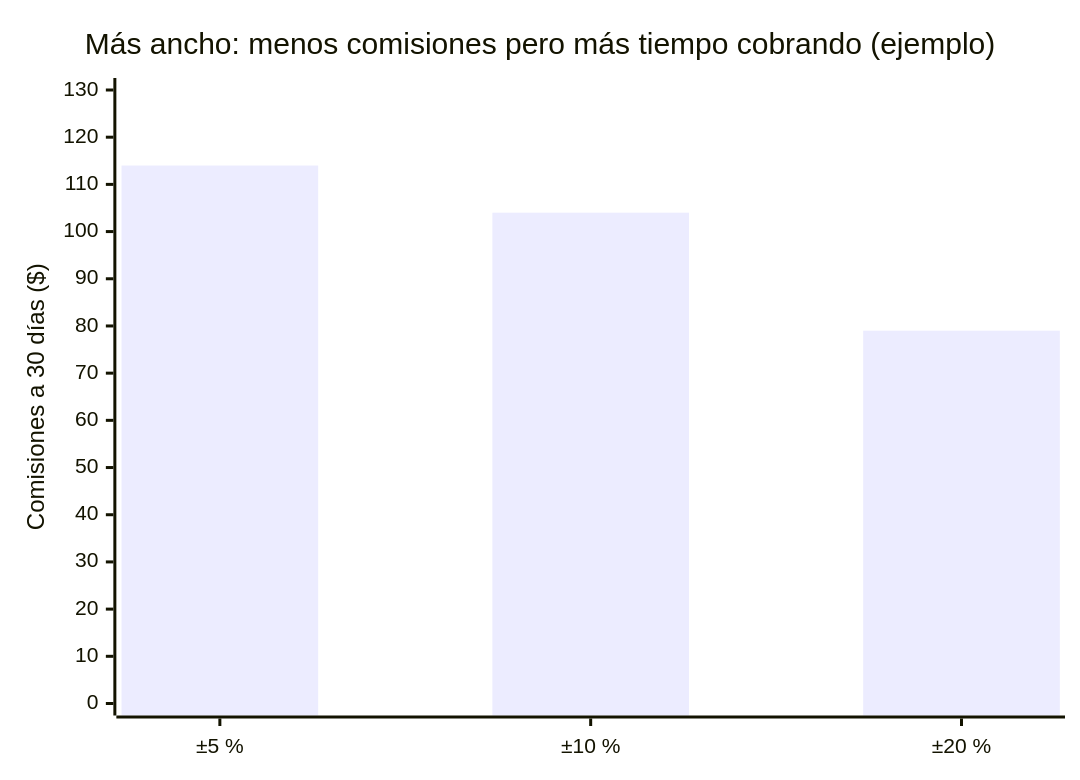
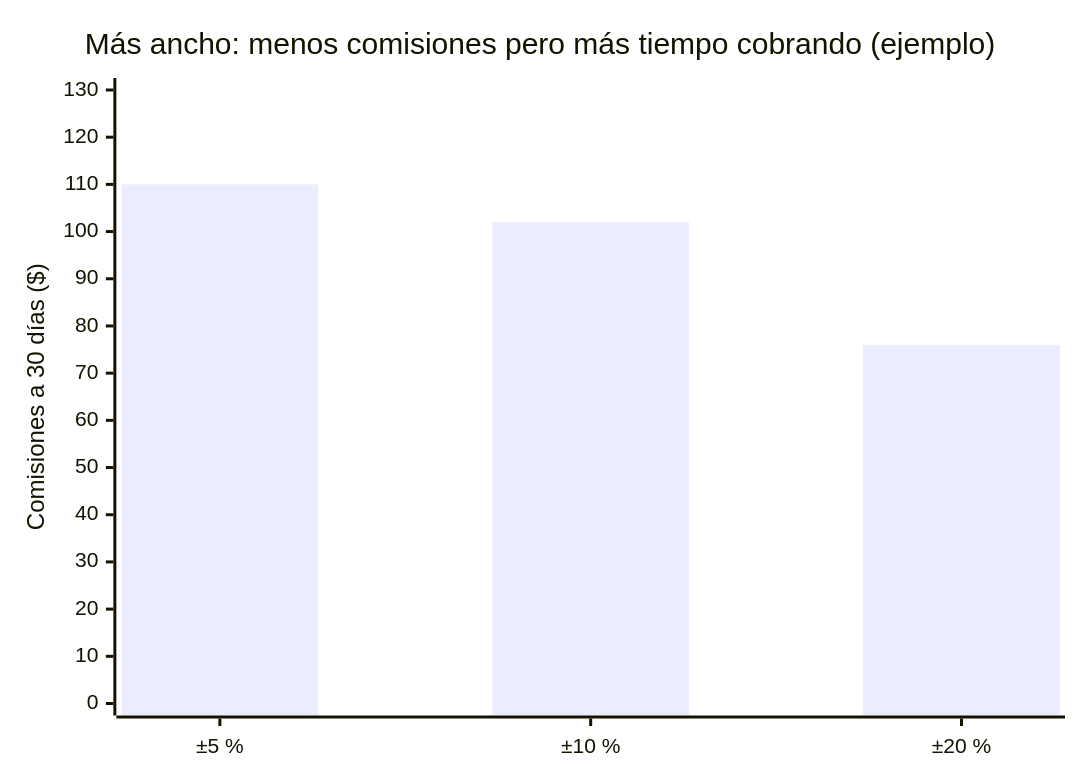
Before and after one commit to Caiico1/etapas-weinstein: the third of 7 diagrams in Guia Simulador.md, drawn with Mermaid. The commit also changed other lines of this file and 10 other files, not shown here.

````diff
--- a/Guia Simulador.md
+++ b/Guia Simulador.md
@@ -222,7 +223,7 @@
 ```mermaid
 xychart-beta
     title "Más ancho: menos comisiones pero más tiempo cobrando (ejemplo)"
     x-axis ["±5 %", "±10 %", "±20 %"]
     y-axis "Comisiones a 30 días ($)" 0 --> 130
-    bar [114, 104, 79]
+    bar [110, 102, 76]
 ```
````
